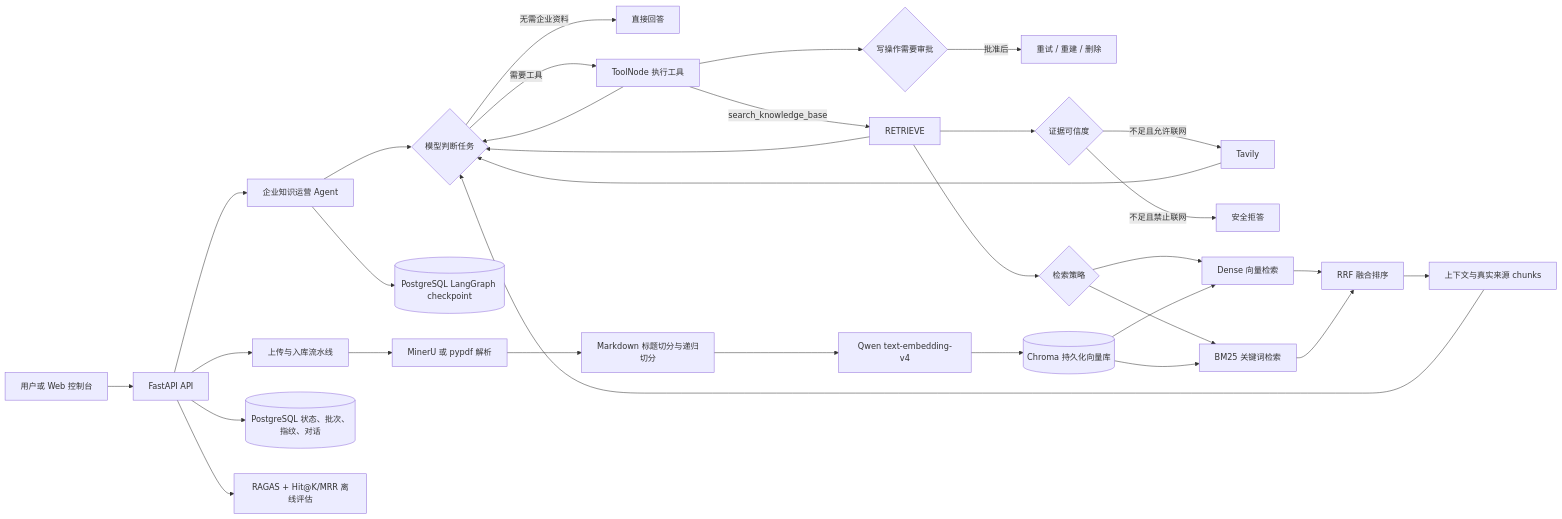
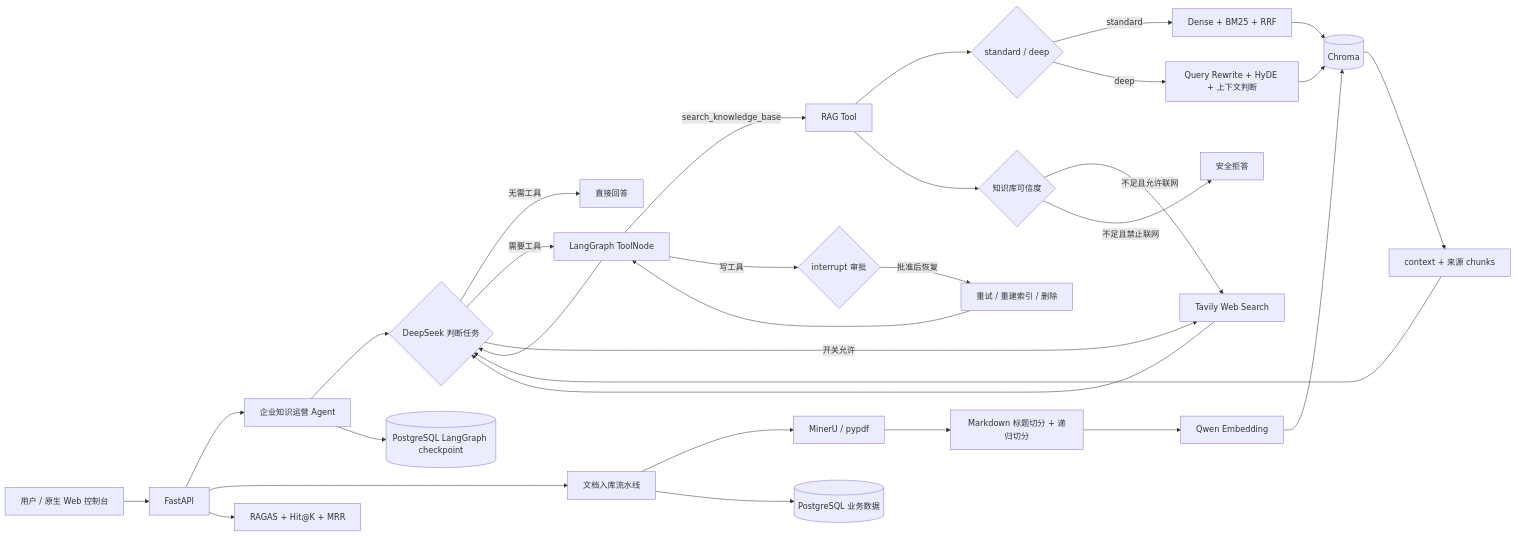
Before and after one commit to LutxOVO/enterprise-rag-agent: the diagram in README.md, drawn with Mermaid. The commit also changed other lines of this file and 1 other file, not shown here.

````diff
--- a/README.md
+++ b/README.md
@@ -13,34 +47,37 @@
-```mermaid
+~~~mermaid
 flowchart LR
-    U[用户或 Web 控制台] --> API[FastAPI API]
+    USER[用户 / 原生 Web 控制台] --> API[FastAPI]
     API --> AGENT[企业知识运营 Agent]
-    AGENT --> MODEL{模型判断任务}
-    MODEL -->|无需企业资料| DIRECT[直接回答]
-    MODEL -->|需要工具| TOOLS[ToolNode 执行工具]
+    AGENT --> MODEL{DeepSeek 判断任务}
+    MODEL -->|无需工具| DIRECT[直接回答]
+    MODEL -->|需要工具| TOOLS[LangGraph ToolNode]
     TOOLS --> MODEL
-    TOOLS --> APPROVAL{写操作需要审批}
-    APPROVAL -->|批准后| EFFECT[重试 / 重建 / 删除]
-    TOOLS -->|search_knowledge_base| RETRIEVE
-    RETRIEVE --> MODEL
-    RETRIEVE --> CONF{证据可信度}
-    CONF -->|不足且允许联网| WEB[Tavily]
+
+    TOOLS -->|search_knowledge_base| RAG[RAG Tool]
+    RAG --> MODE{standard / deep}
+    MODE -->|standard| HYBRID[Dense + BM25 + RRF]
+    MODE -->|deep| ADVANCED[Query Rewrite + HyDE + 上下文判断]
+    HYBRID --> CHROMA[(Chroma)]
+    ADVANCED --> CHROMA
+    CHROMA --> EVIDENCE[context + 来源 chunks]
+    EVIDENCE --> MODEL
+
+    MODEL -->|开关允许| WEB[Tavily Web Search]
+    RAG --> CONF{知识库可信度}
+    CONF -->|不足且允许联网| WEB
+    CONF -->|不足且禁止联网| REFUSE[安全拒答]
     WEB --> MODEL
-    CONF -->|不足且禁止联网| REFUSE[安全拒答]
+
+    TOOLS -->|写工具| APPROVAL{interrupt 审批}
+    APPROVAL -->|批准后恢复| WRITE[重试 / 重建索引 / 删除]
+    WRITE --> TOOLS
+
+    API --> INGEST[文档入库流水线]
+    INGEST --> PARSE[MinerU / pypdf]
+    PARSE --> SPLIT[Markdown 标题切分 + 递归切分]
+    SPLIT --> EMB[Qwen Embedding]
+    EMB --> CHROMA
+    INGEST --> PG[(PostgreSQL 业务数据)]
     AGENT --> CHECKPOINT[(PostgreSQL LangGraph checkpoint)]
-    API --> INGEST[上传与入库流水线]
-    INGEST --> PARSE[MinerU 或 pypdf 解析]
-    PARSE --> SPLIT[Markdown 标题切分与递归切分]
-    SPLIT --> EMB[Qwen text-embedding-v4]
-    EMB --> CHROMA[(Chroma 持久化向量库)]
-    RETRIEVE --> STRATEGY{检索策略}
-    STRATEGY --> DENSE[Dense 向量检索]
-    STRATEGY --> BM25[BM25 关键词检索]
-    DENSE --> RRF[RRF 融合排序]
-    BM25 --> RRF
-    CHROMA --> DENSE
-    CHROMA --> BM25
-    RRF --> CONTEXT[上下文与真实来源 chunks]
-    CONTEXT --> MODEL
-    API --> POSTGRES[(PostgreSQL 状态、批次、指纹、对话)]
-    API --> EVAL[RAGAS + Hit@K/MRR 离线评估]
-```
+    API --> EVAL[RAGAS + Hit@K + MRR]
+~~~
````
